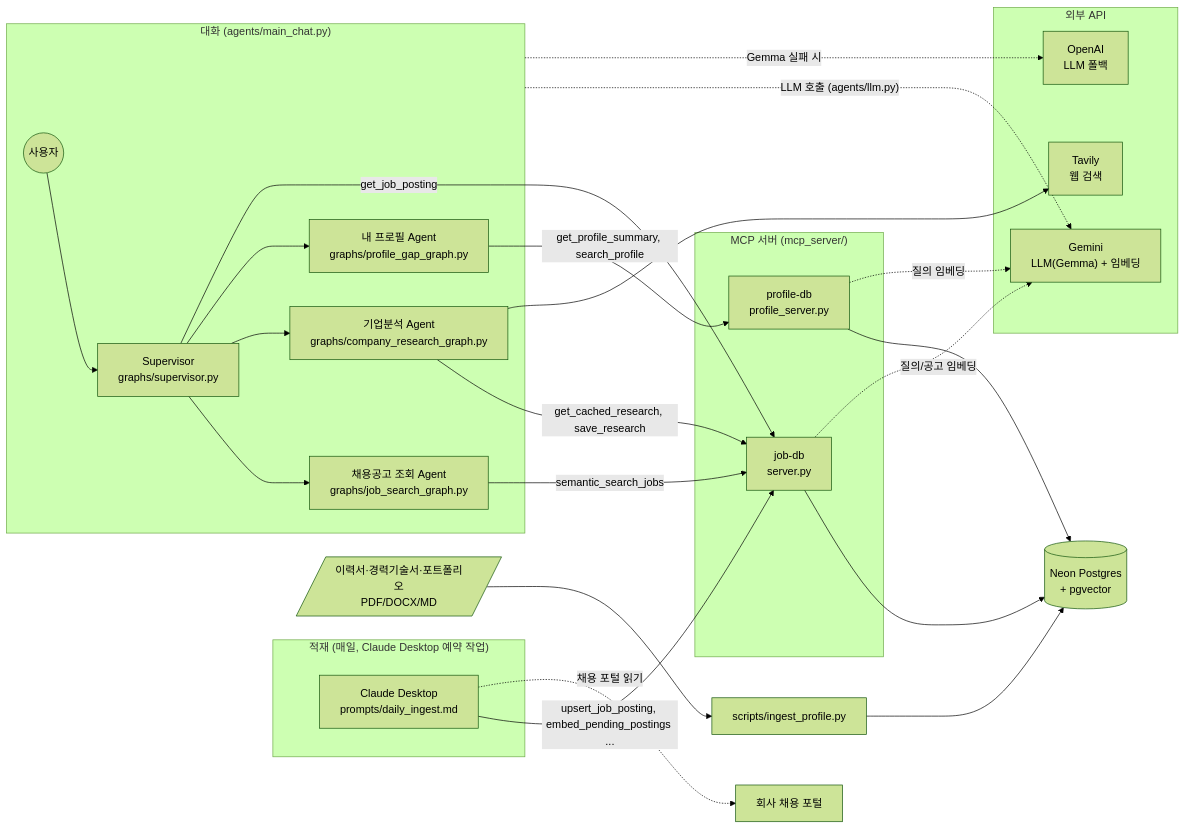
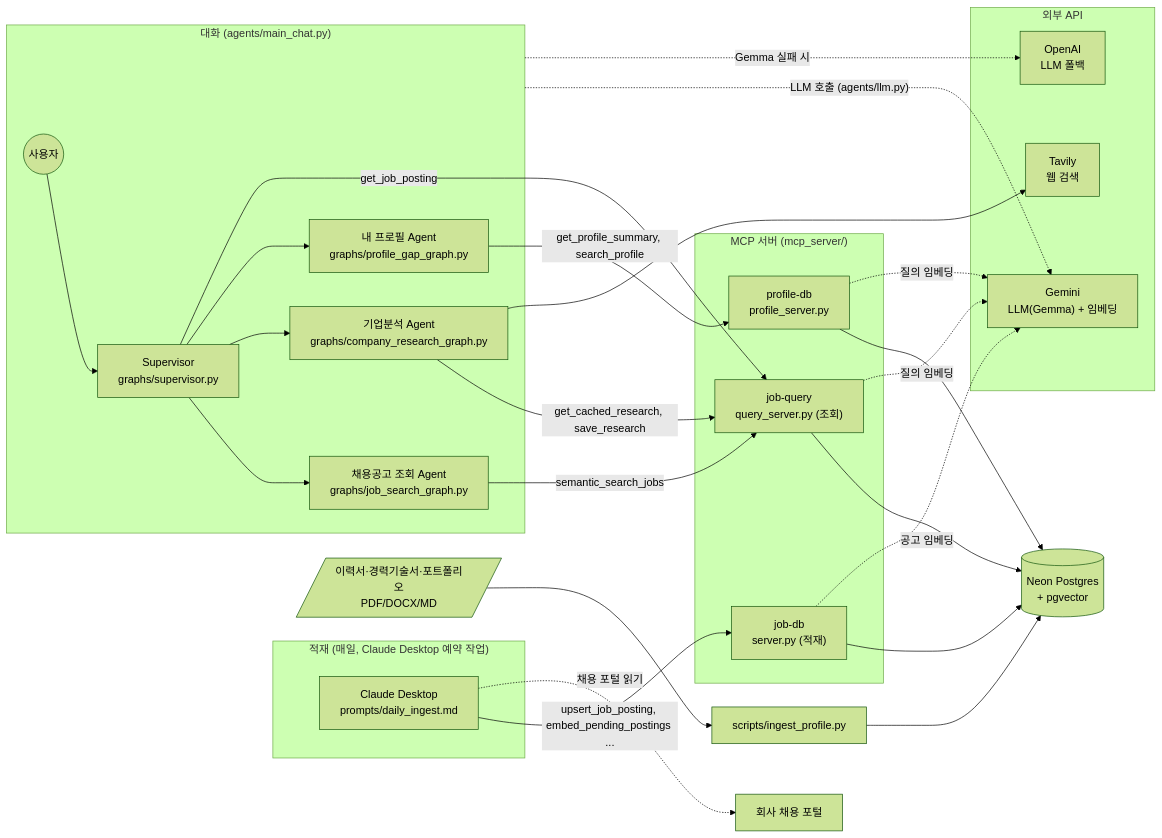
One commit to hymn-fly/recruit-posting-agent changed the first of 5 diagrams in README.md. Above: the diagram before and after it, drawn with Mermaid (forest theme). The commit also changed other lines of this file and 12 other files, not shown here.

````diff
--- a/README.md
+++ b/README.md
@@ -80,43 +82,46 @@
 ```mermaid
 flowchart LR
     subgraph Ingest["적재 (매일, Claude Desktop 예약 작업)"]
         CD["Claude Desktop<br/>prompts/daily_ingest.md"]
     end
 
     subgraph Chat["대화 (agents/main_chat.py)"]
         U(("사용자")) --> SV["Supervisor<br/>graphs/supervisor.py"]
         SV --> JS["채용공고 조회 Agent<br/>graphs/job_search_graph.py"]
         SV --> CR["기업분석 Agent<br/>graphs/company_research_graph.py"]
         SV --> PG["내 프로필 Agent<br/>graphs/profile_gap_graph.py"]
     end
 
     subgraph MCP["MCP 서버 (mcp_server/)"]
-        JDB["job-db<br/>server.py"]
+        JDB["job-db<br/>server.py (적재)"]
+        JQ["job-query<br/>query_server.py (조회)"]
         PDB["profile-db<br/>profile_server.py"]
     end
 
     subgraph Ext["외부 API"]
         GEM["Gemini<br/>LLM(Gemma) + 임베딩"]
         OAI["OpenAI<br/>LLM 폴백"]
         TAV["Tavily<br/>웹 검색"]
     end
 
     DB[("Neon Postgres<br/>+ pgvector")]
     SCR["scripts/ingest_profile.py"]
     FILES[/"이력서·경력기술서·포트폴리오<br/>PDF/DOCX/MD"/]
 
     CD -- "upsert_job_posting, embed_pending_postings ..." --> JDB
     CD -. "채용 포털 읽기" .-> WEB["회사 채용 포털"]
-    JS -- semantic_search_jobs --> JDB
-    CR -- "get_cached_research, save_research" --> JDB
+    JS -- semantic_search_jobs --> JQ
+    CR -- "get_cached_research, save_research" --> JQ
     CR --> TAV
     PG -- "get_profile_summary, search_profile" --> PDB
-    SV -- "get_job_posting" --> JDB
+    SV -- "get_job_posting" --> JQ
     FILES --> SCR --> DB
     JDB --> DB
+    JQ --> DB
     PDB --> DB
-    JDB -. "질의/공고 임베딩" .-> GEM
+    JDB -. "공고 임베딩" .-> GEM
+    JQ -. "질의 임베딩" .-> GEM
     PDB -. "질의 임베딩" .-> GEM
     Chat -. "LLM 호출 (agents/llm.py)" .-> GEM
     Chat -. "Gemma 실패 시" .-> OAI
 ```
````
